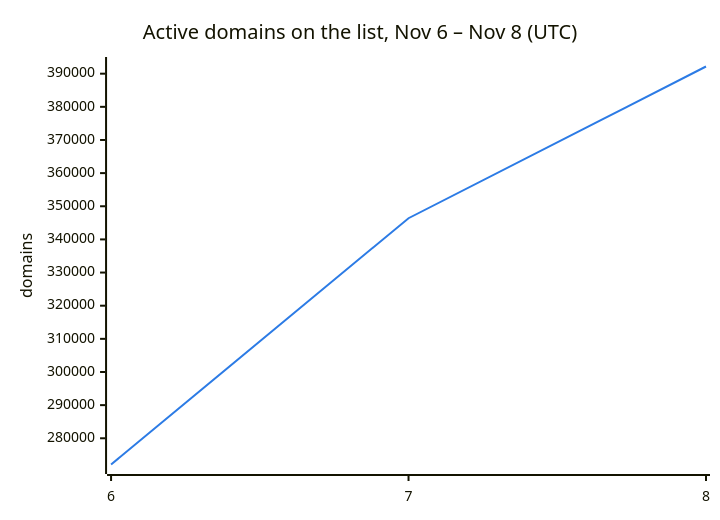
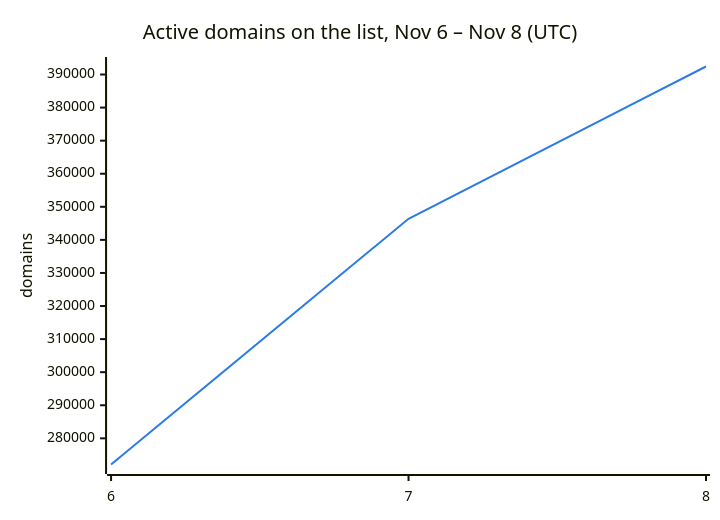
One commit to DNSBunker/CTI changed the second of 3 diagrams in README.md. Above: the diagram before and after it, drawn with Mermaid. The commit also changed other lines of this file and 3 other files, not shown here.

````diff
--- a/README.md
+++ b/README.md
@@ -38,8 +38,8 @@
 ```mermaid
 %%{init: {"themeVariables": {"xyChart": {"plotColorPalette": "#2c7be5"}}}}%%
 xychart-beta
     title "Active domains on the list, Nov 6 – Nov 8 (UTC)"
     x-axis ["6", "7", "8"]
     y-axis "domains"
-    line [272088, 346388, 392166]
+    line [272088, 346388, 392422]
 ```
````
